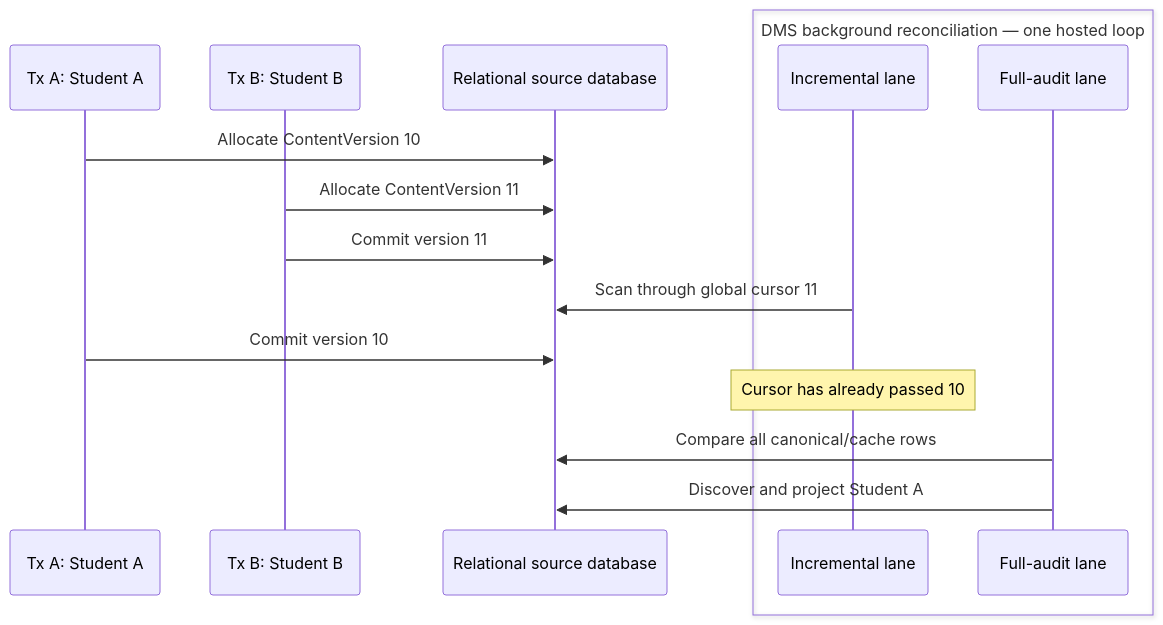
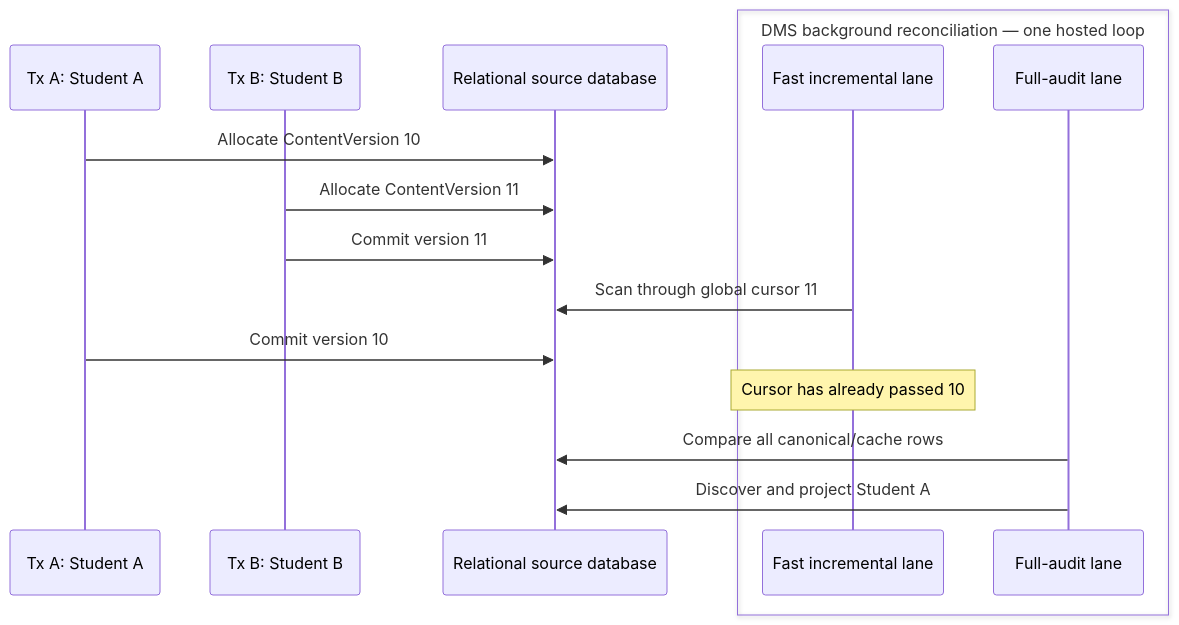
The third of 10 diagrams in PRESENTATION.md (Ed-Fi-Alliance-OSS/Data-Management-Service), drawn with Mermaid before and after one commit. The commit also changed other lines of this file, not shown here.

````diff
--- a/PRESENTATION.md
+++ b/PRESENTATION.md
@@ -182,20 +182,20 @@
 ```mermaid
 sequenceDiagram
     participant A as Tx A: Student A
     participant B as Tx B: Student B
     participant DB as Relational source database
 
     box DMS background reconciliation — one hosted loop
-        participant I as Incremental lane
+        participant I as Fast incremental lane
         participant F as Full-audit lane
     end
 
     A->>DB: Allocate ContentVersion 10
     B->>DB: Allocate ContentVersion 11
     B->>DB: Commit version 11
     I->>DB: Scan through global cursor 11
     A->>DB: Commit version 10
     Note over I: Cursor has already passed 10
     F->>DB: Compare all canonical/cache rows
     F->>DB: Discover and project Student A
 ```
````
